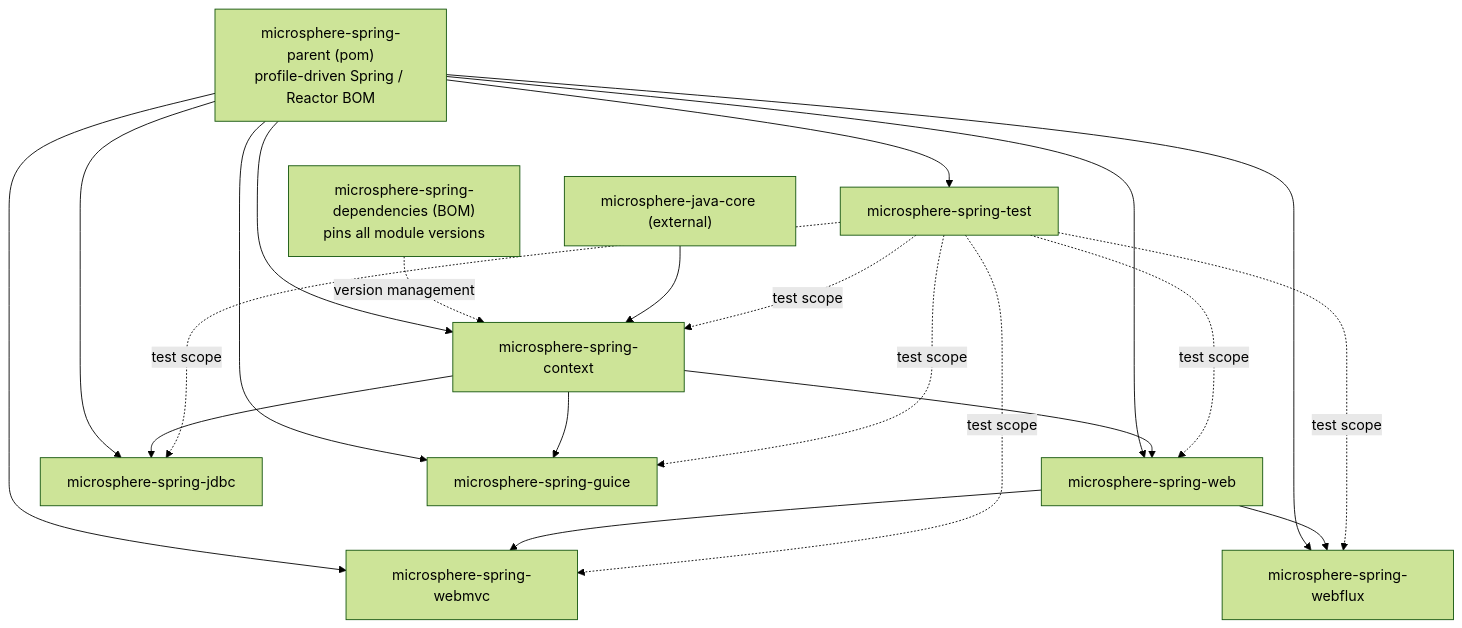
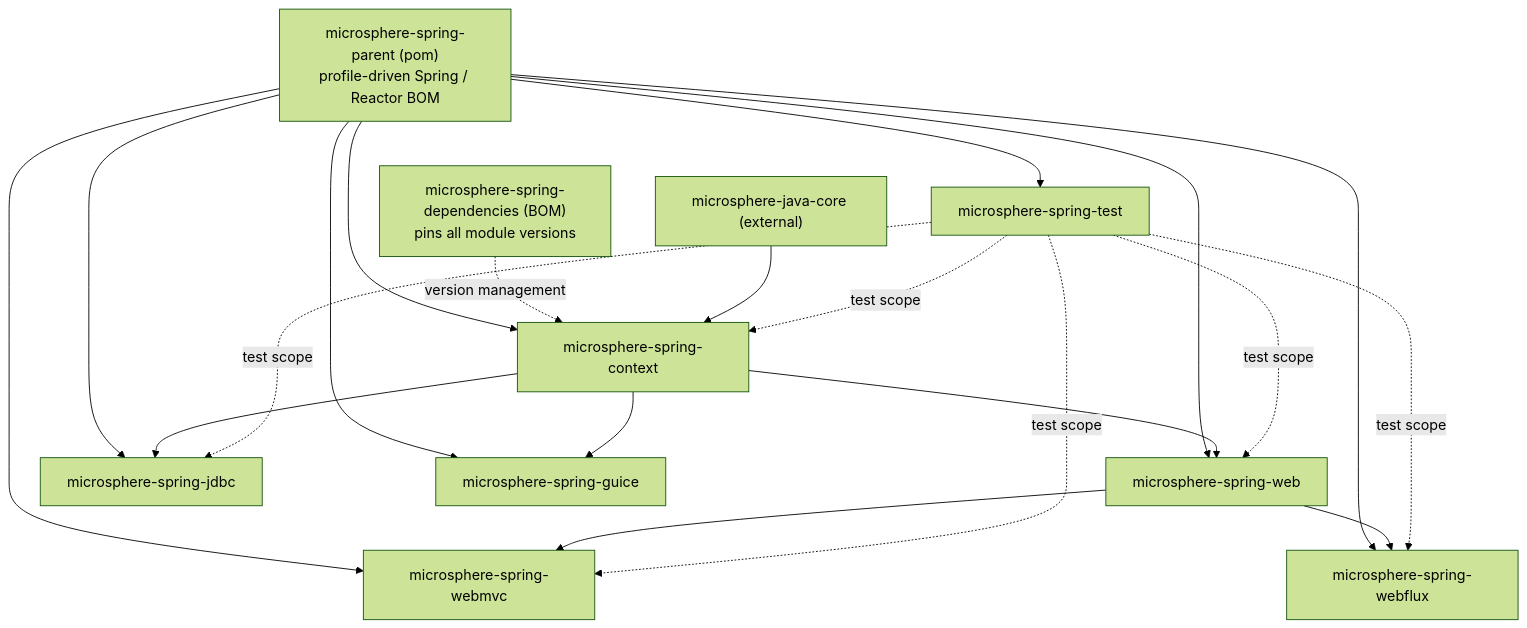
One commit to microsphere-projects/microsphere-spring changed the first of 2 diagrams in docs/developer-guide/README.md. Above: the diagram before and after it, drawn with Mermaid (forest theme). The commit also changed other lines of this file and 55 other files, not shown here.

````diff
--- a/docs/developer-guide/README.md
+++ b/docs/developer-guide/README.md
@@ -25,34 +25,33 @@
 ```mermaid
 flowchart TD
   P["microsphere-spring-parent (pom)<br/>profile-driven Spring / Reactor BOM"]
   D["microsphere-spring-dependencies (BOM)<br/>pins all module versions"]
   C["microsphere-spring-context"]
   W["microsphere-spring-web"]
   M["microsphere-spring-webmvc"]
   F["microsphere-spring-webflux"]
   J["microsphere-spring-jdbc"]
   G["microsphere-spring-guice"]
   T["microsphere-spring-test"]
   CORE["microsphere-java-core (external)"]
 
   P --> C
   P --> W
   P --> M
   P --> F
   P --> J
   P --> G
   P --> T
   D -.version management.-> C
   CORE --> C
   C --> W
   W --> M
   W --> F
   C --> J
   C --> G
   T -.test scope.-> C
   T -.test scope.-> W
   T -.test scope.-> M
   T -.test scope.-> F
   T -.test scope.-> J
-  T -.test scope.-> G
 ```
````
